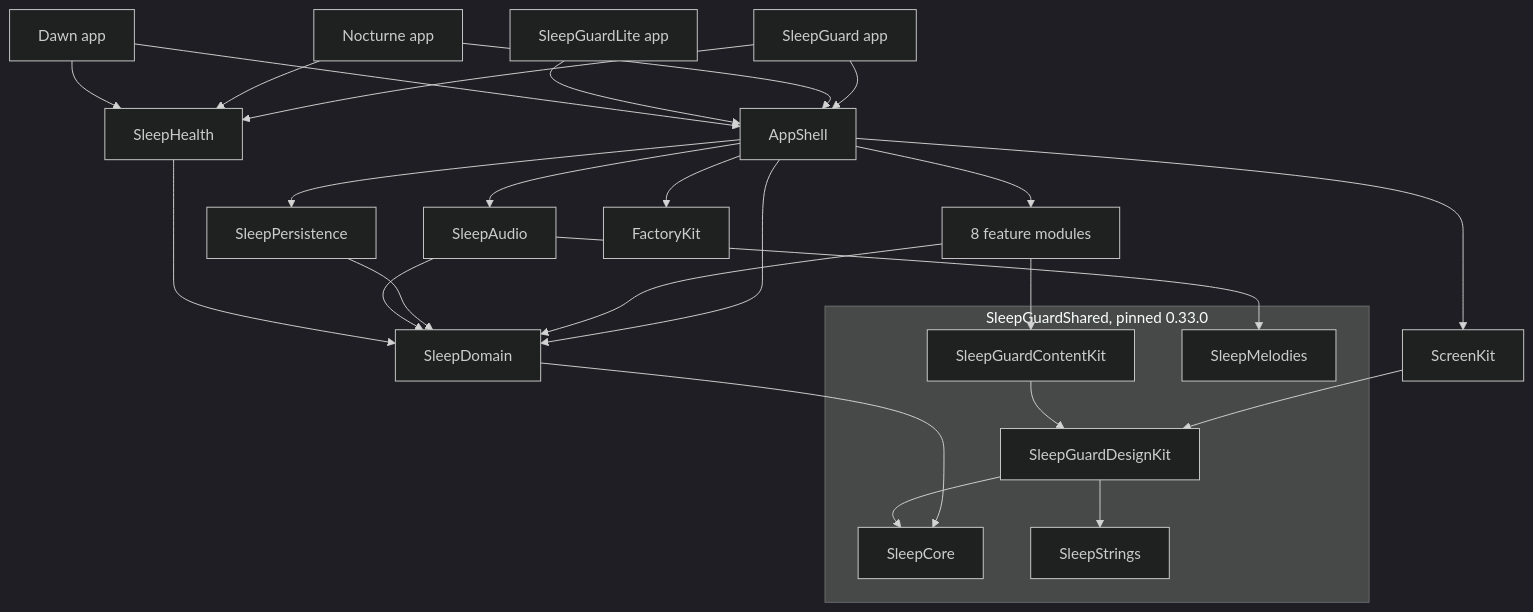
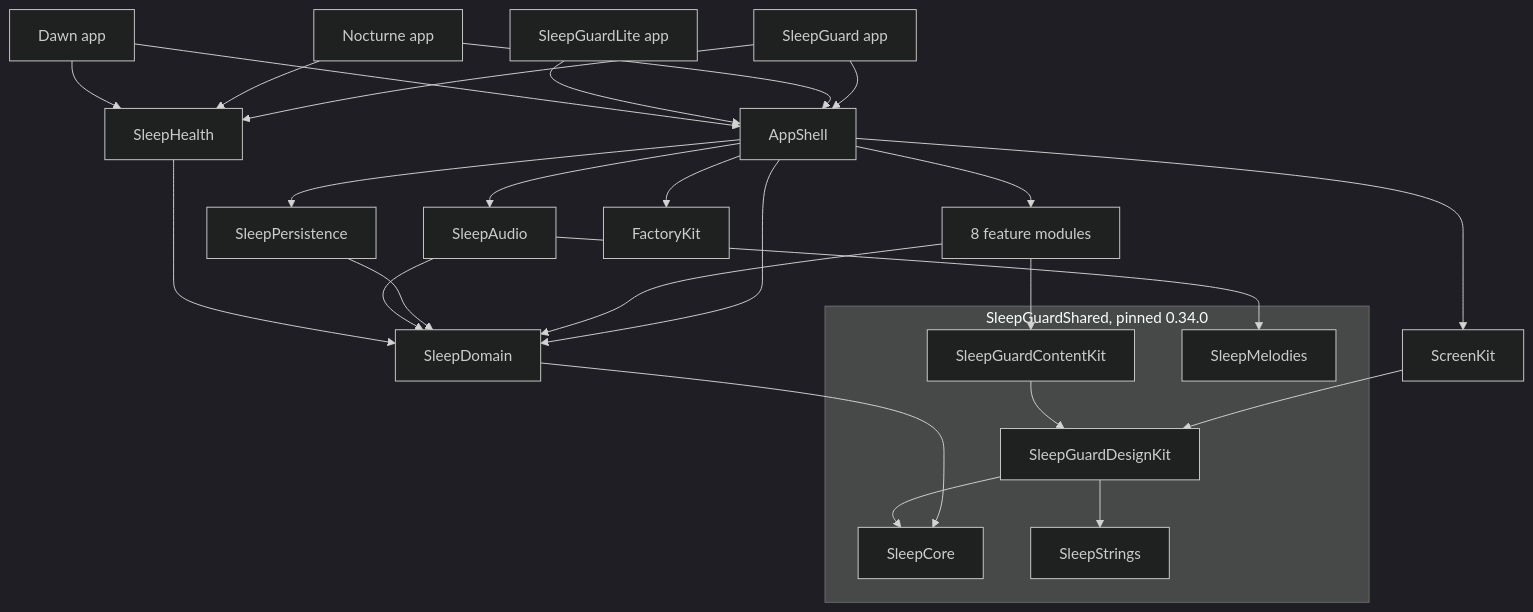
Before and after one commit to dardan0x/SleepGuardUIKitWay: the diagram in docs/ARCHITECTURE.md, drawn with Mermaid (dark theme). The commit also changed other lines of this file and 44 other files, not shown here.

````diff
--- a/docs/ARCHITECTURE.md
+++ b/docs/ARCHITECTURE.md
@@ -20,37 +20,37 @@
 ```mermaid
 graph TD
   SG[SleepGuard app] --> AppShell
   NO[Nocturne app] --> AppShell
   LI[SleepGuardLite app] --> AppShell
   DA[Dawn app] --> AppShell
   SG --> SleepHealth
   NO --> SleepHealth
   DA --> SleepHealth
 
   AppShell --> Features[8 feature modules]
   AppShell --> ScreenKit
   AppShell --> SleepPersistence
   AppShell --> SleepAudio
   AppShell --> SleepDomain
   AppShell --> FactoryKit
 
   Features --> SleepDomain
   Features --> ContentKit[SleepGuardContentKit]
   SleepPersistence --> SleepDomain
   SleepAudio --> SleepDomain
   SleepAudio --> SleepMelodies
   SleepHealth --> SleepDomain
   ScreenKit --> DesignKit[SleepGuardDesignKit]
   SleepDomain --> SleepCore
   ContentKit --> DesignKit
   DesignKit --> SleepStrings
   DesignKit --> SleepCore
 
-  subgraph Shared["SleepGuardShared, pinned 0.33.0"]
+  subgraph Shared["SleepGuardShared, pinned 0.34.0"]
     SleepCore
     SleepStrings
     SleepMelodies
     DesignKit
     ContentKit
   end
 ```
````
